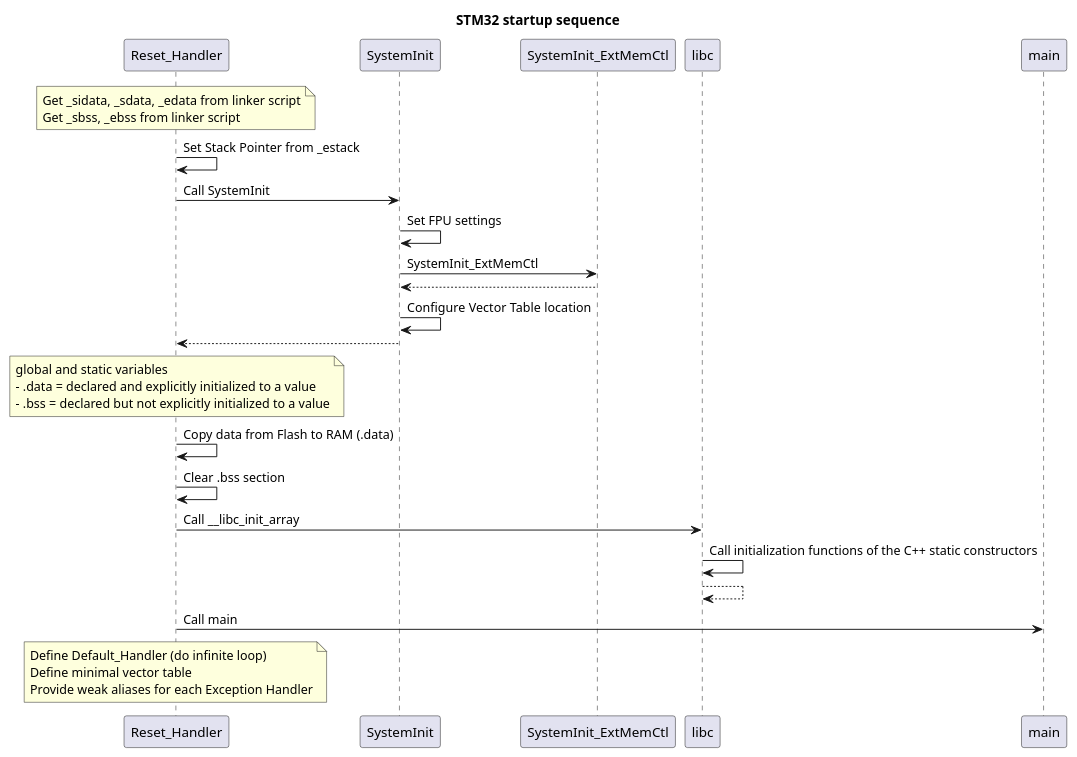
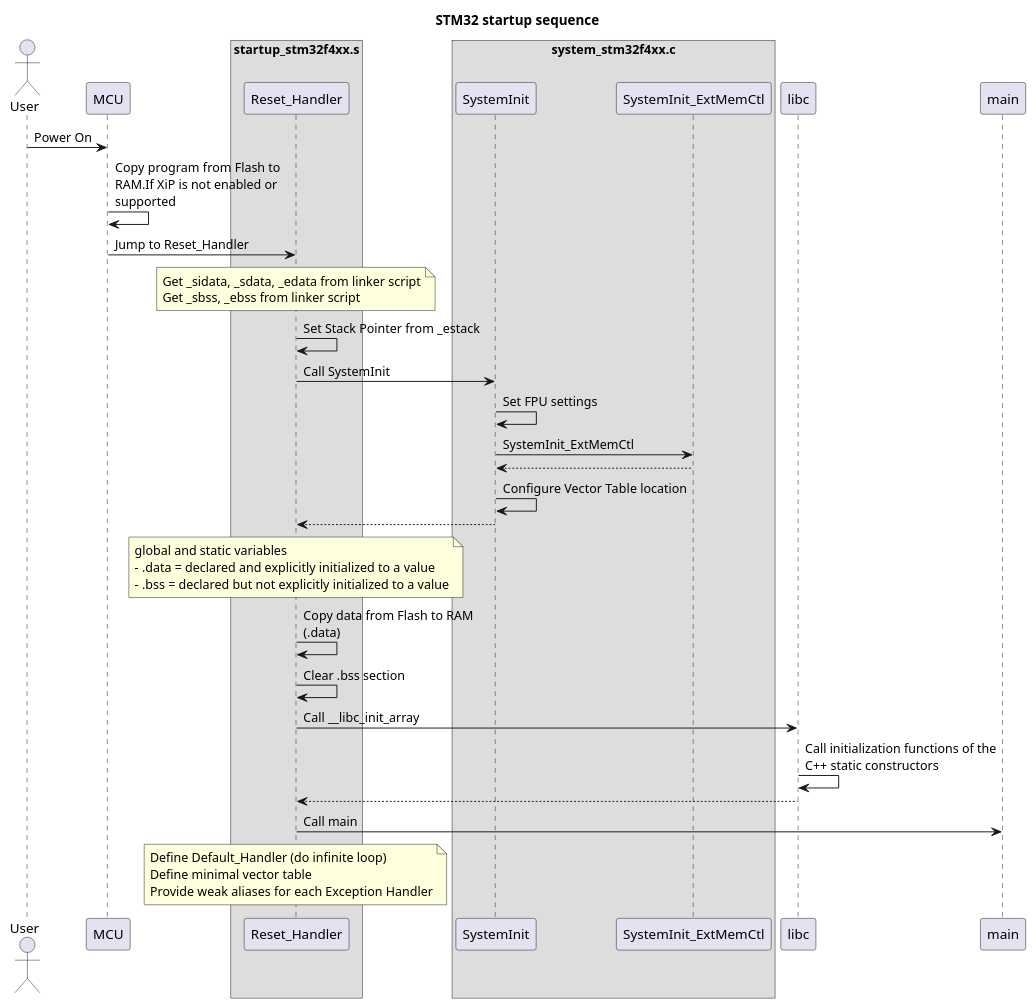
One commit to nboutin/stm32f_disco_blinky changed the diagram in blinky_cmake/doc/startup_stm32.plantuml. Above: the diagram before and after it, drawn with PlantUML. The commit also changed 3 other files, not shown here.

Commit message:
Update STM32 startup sequence PlantUML

```diff
--- a/blinky_cmake/doc/startup_stm32.plantuml
+++ b/blinky_cmake/doc/startup_stm32.plantuml
@@ -1,40 +1,53 @@
 @startuml "stm32 startup sequence"
 title STM32 startup sequence
 
+skinparam MaxMessageSize 200
+' hide footbox
+hide unlinked
+
+actor "User" as user
+participant "MCU" as mcu
+box "startup_stm32f4xx.s"
 participant "Reset_Handler" as RH
+end box
+box "system_stm32f4xx.c"
 participant "SystemInit" as SI
 participant "SystemInit_ExtMemCtl" as SI_ExMem
+end box
 participant "libc" as libc
 participant "main" as main
 
+user -> mcu: Power On
+mcu -> mcu: Copy program from Flash to RAM.If XiP is not enabled or supported
+mcu -> RH: Jump to Reset_Handler
 note over RH
 Get _sidata, _sdata, _edata from linker script
 Get _sbss, _ebss from linker script
 end note
 
 RH -> RH: Set Stack Pointer from _estack
 RH -> SI: Call SystemInit
 SI -> SI: Set FPU settings
 SI -> SI_ExMem: SystemInit_ExtMemCtl
 return
 SI -> SI: Configure Vector Table location
 RH <-- SI
 note over RH
 global and static variables
 - .data = declared and explicitly initialized to a value
 - .bss = declared but not explicitly initialized to a value
 end note
 RH -> RH: Copy data from Flash to RAM (.data)
 RH -> RH: Clear .bss section
 RH -> libc: Call __libc_init_array
 libc -> libc: Call initialization functions of the C++ static constructors
-return
+RH <-- libc
 RH -> main: Call main
 
 note over of RH
 Define Default_Handler (do infinite loop)
 Define minimal vector table
 Provide weak aliases for each Exception Handler
 end note
 
 @enduml
```
